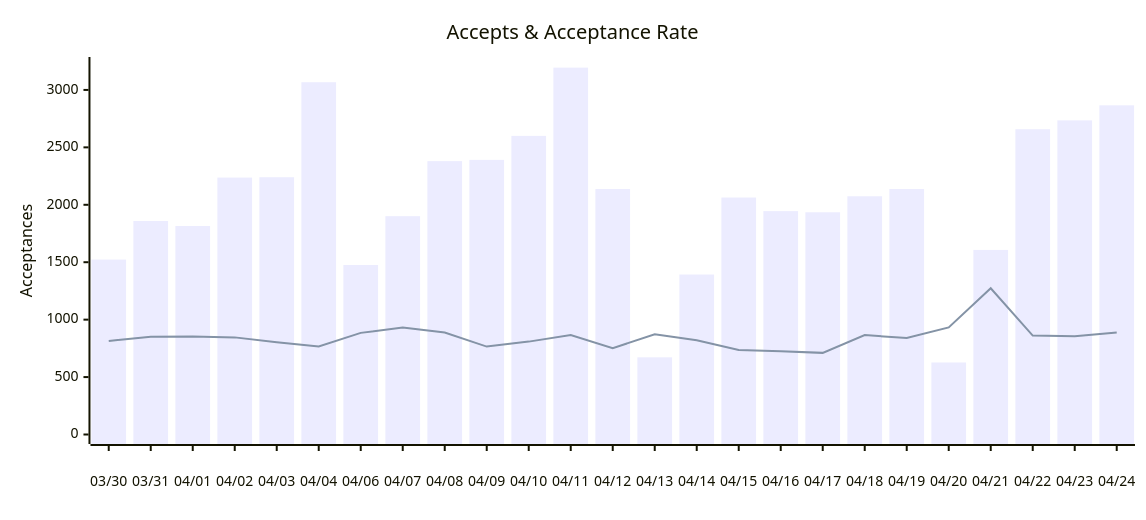
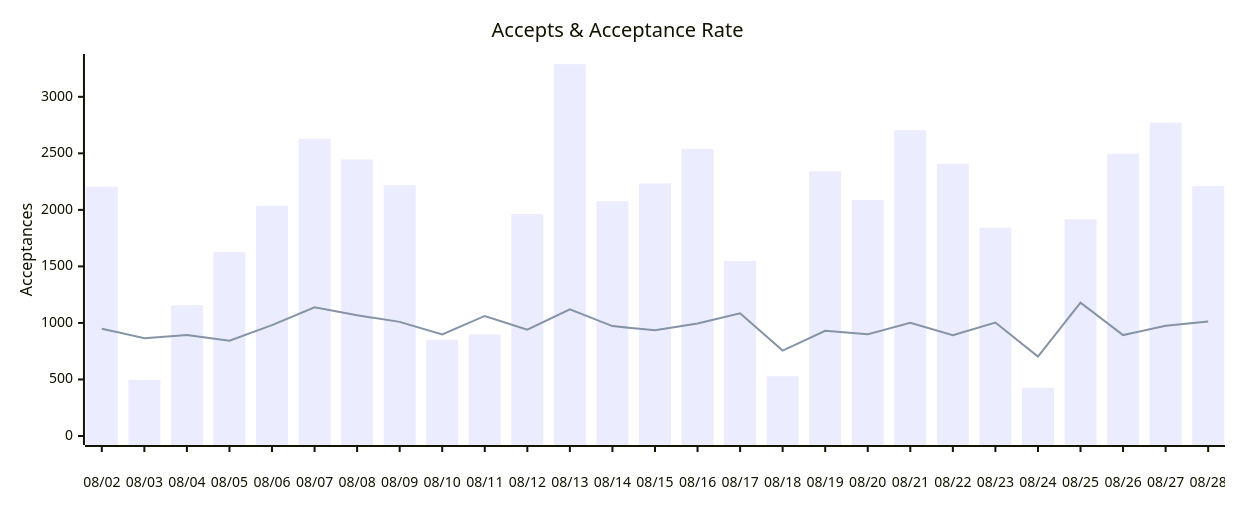
The second of 5 diagrams in README.md (austenstone/copilot-usage), drawn with Mermaid before and after one commit. The commit also changed other lines of this file, not shown here.

````diff
--- a/README.md
+++ b/README.md
@@ -165,19 +188,19 @@
 ```mermaid
 ---
 config:
     xyChart:
-        width: 1125
+        width: 1215
         height: 500
         xAxis:
             labelPadding: 20
     themeVariables:
         xyChart:
             backgroundColor: "transparent"
 ---
 xychart-beta
   title "Accepts & Acceptance Rate"
-  x-axis ["03/30", "03/31", "04/01", "04/02", "04/03", "04/04", "04/06", "04/07", "04/08", "04/09", "04/10", "04/11", "04/12", "04/13", "04/14", "04/15", "04/16", "04/17", "04/18", "04/19", "04/20", "04/21", "04/22", "04/23", "04/24"]
-  y-axis "Acceptances" 0 --> 3204
-  bar [1523, 1859, 1815, 2237, 2240, 3067, 1476, 1901, 2380, 2391, 2600, 3194, 2137, 672, 1393, 2063, 1945, 1935, 2074, 2137, 627, 1607, 2658, 2735, 2866]
-  line [814.2319372601368, 851.499070764832, 852.8024637043554, 845.6050023596036, 802.5226434082522, 766.4509788628031, 884.7715622076707, 931.4580211041444, 888.0307441481309, 765.4640287769785, 808.6981846422677, 866.4445008890017, 751.9986820428336, 871.6955465587045, 820.4360294117646, 735.6540901502505, 724.3728931767988, 710.7348389315603, 865.4722584006253, 840.6320441988951, 932.2078886310904, 1273.5166955231264, 861.2694174757282, 855.2547335545579, 888.9316553727009]
+  x-axis ["08/02", "08/03", "08/04", "08/05", "08/06", "08/07", "08/08", "08/09", "08/10", "08/11", "08/12", "08/13", "08/14", "08/15", "08/16", "08/17", "08/18", "08/19", "08/20", "08/21", "08/22", "08/23", "08/24", "08/25", "08/26", "08/27", "08/28"]
+  y-axis "Acceptances" 0 --> 3299
+  bar [2205, 497, 1156, 1627, 2036, 2627, 2445, 2218, 851, 898, 1963, 3289, 2076, 2234, 2540, 1548, 529, 2341, 2087, 2705, 2408, 1843, 427, 1918, 2497, 2771, 2210]
+  line [949.1512265135699, 864.3136531365313, 892.2891904539074, 842.7497252315906, 980.4063640344475, 1139.1263144058887, 1067.5033086289043, 1009.5449779249448, 897.5220588235294, 1061.8286738351255, 939.4947047729581, 1119.8690267313448, 972.1396735273242, 934.8003551496703, 995.0670941693386, 1085.640306122449, 755.4852813852814, 930.8134265397131, 899.296368861024, 1000.5376163247, 890.3824254651423, 1003.4753259613797, 702.9306387225549, 1179.6200596569724, 892.5780691299166, 975.9292196007259, 1012.0474736257635]
 ```
````
